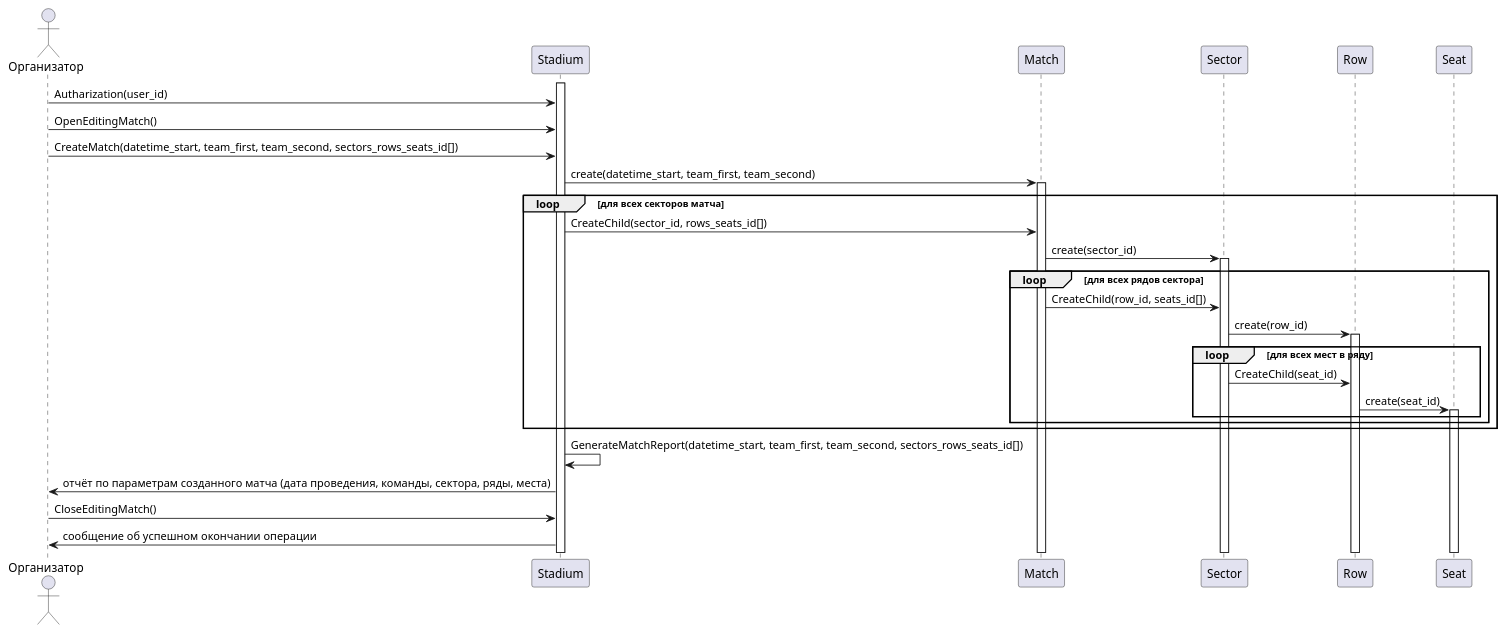
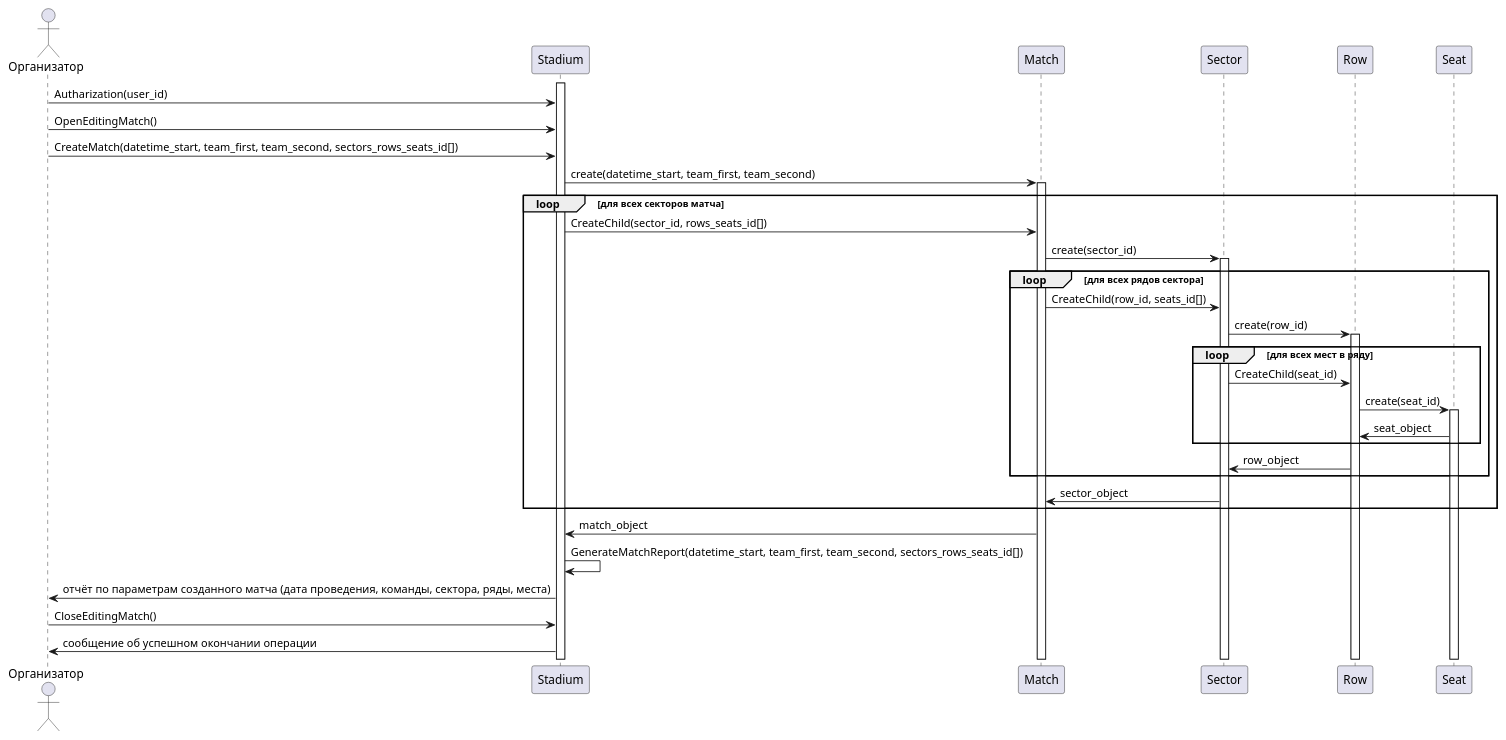
Before and after one commit to penamarth/bsbo-03-23_team4_var10_football: the diagram in Прецеденты/Диаграмма создания матча.md, drawn with PlantUML. The commit also changed 1 other file, not shown here.

Commit message:
Правка диаграммы создания матча + правка видения

````diff
--- a/Прецеденты/Диаграмма создания матча.md
+++ b/Прецеденты/Диаграмма создания матча.md
@@ -1,48 +1,57 @@
 ```plantuml
 @startuml
 
 actor Организатор
 
 activate Stadium
 
 Организатор -> Stadium : Autharization(user_id)
 Организатор -> Stadium : OpenEditingMatch()
 Организатор -> Stadium : CreateMatch(datetime_start, team_first, team_second, sectors_rows_seats_id[])
 
 Stadium -> Match : create(datetime_start, team_first, team_second)
 activate Match
 
 
 loop для всех секторов матча
 
 Stadium -> Match : CreateChild(sector_id, rows_seats_id[])
 Match -> Sector : create(sector_id)
 activate Sector
 
+
 loop для всех рядов сектора
 
 Match -> Sector : CreateChild(row_id, seats_id[])
 Sector -> Row : create(row_id)
 activate Row
 
+
 loop для всех мест в ряду
 
 Sector -> Row : CreateChild(seat_id)
 Row -> Seat : create(seat_id)
 activate Seat
+Row <- Seat : seat_object
 
 end
 
+Sector <- Row : row_object
+
 end
 
+Match <- Sector : sector_object
+
 end
+
+Stadium <- Match : match_object
 
 
 Stadium -> Stadium : GenerateMatchReport(datetime_start, team_first, team_second, sectors_rows_seats_id[])
 Организатор <- Stadium : отчёт по параметрам созданного матча (дата проведения, команды, сектора, ряды, места)
 
 Организатор -> Stadium : CloseEditingMatch()
 Организатор <- Stadium : сообщение об успешном окончании операции
 
 @enduml
 ```
````
